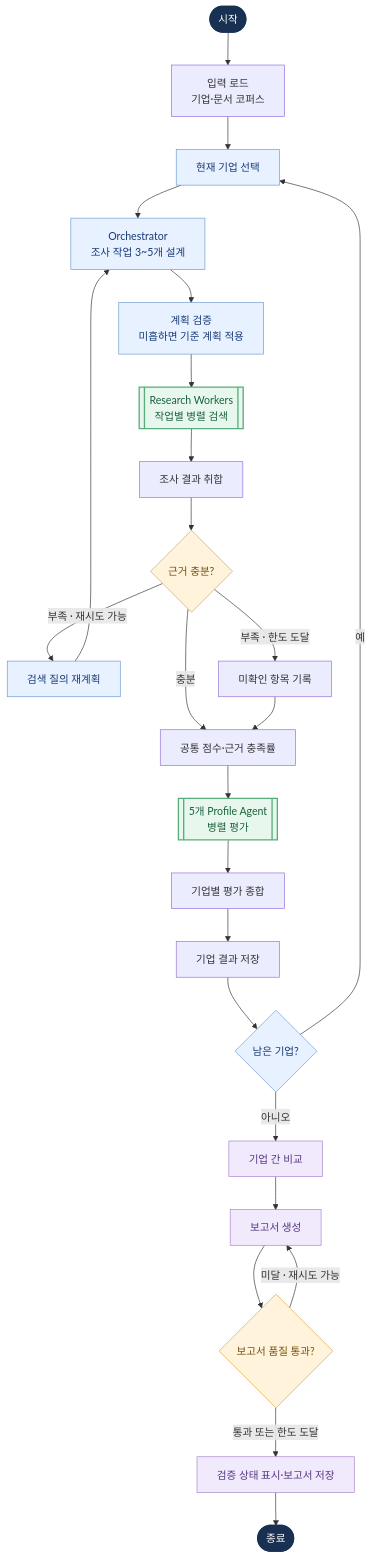
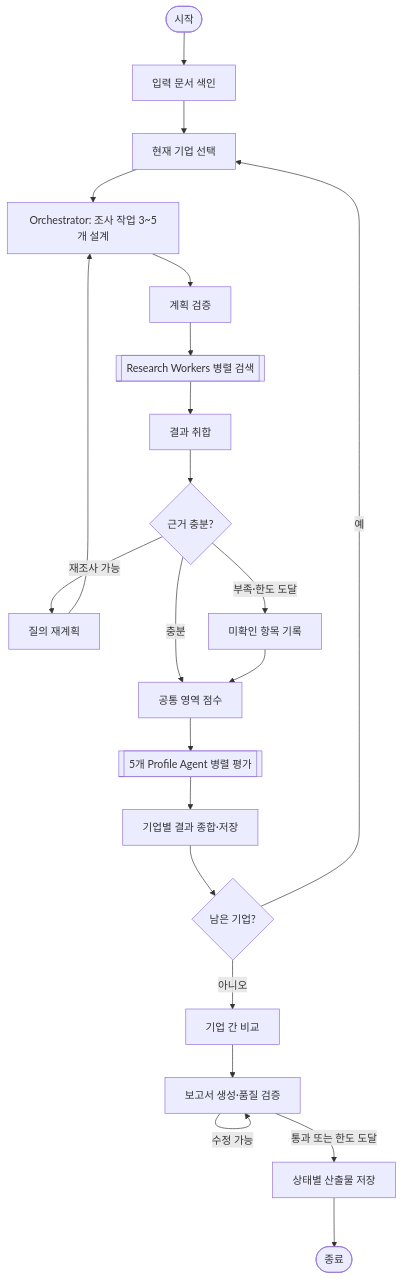
One commit to sumin-990416/Langchain_Skala_U3 changed the diagram in README.md. Above: the diagram before and after it, drawn with Mermaid. The commit also changed other lines of this file, not shown here.

````diff
--- a/README.md
+++ b/README.md
@@ -285,37 +9,24 @@
 ```mermaid
 flowchart TD
-    START([시작]) --> LOAD["입력 로드<br/>기업·문서 코퍼스"]
-    LOAD --> SELECT["현재 기업 선택"]
-    SELECT --> PLAN["Orchestrator<br/>조사 작업 3~5개 설계"]
-    PLAN --> CHECK["계획 검증<br/>미흡하면 기준 계획 적용"]
-    CHECK --> WORKERS[["Research Workers<br/>작업별 병렬 검색"]]
-    WORKERS --> MERGE["조사 결과 취합"]
-    MERGE --> EVIDENCE{"근거 충분?"}
-    EVIDENCE -- "부족 · 재시도 가능" --> REWRITE["검색 질의 재계획"]
+    START([시작]) --> LOAD[입력 문서 색인]
+    LOAD --> SELECT[현재 기업 선택]
+    SELECT --> PLAN[Orchestrator: 조사 작업 3~5개 설계]
+    PLAN --> CHECK[계획 검증]
+    CHECK --> WORKERS[[Research Workers 병렬 검색]]
+    WORKERS --> MERGE[결과 취합]
+    MERGE --> EVIDENCE{근거 충분?}
+    EVIDENCE -- 재조사 가능 --> REWRITE[질의 재계획]
     REWRITE --> PLAN
-    EVIDENCE -- "부족 · 한도 도달" --> UNKNOWN["미확인 항목 기록"]
-    EVIDENCE -- "충분" --> SCORE["공통 점수·근거 충족률"]
+    EVIDENCE -- 부족·한도 도달 --> UNKNOWN[미확인 항목 기록]
+    EVIDENCE -- 충분 --> SCORE[공통 영역 점수]
     UNKNOWN --> SCORE
-    SCORE --> PROFILES[["5개 Profile Agent<br/>병렬 평가"]]
-    PROFILES --> SYNTH["기업별 평가 종합"]
-    SYNTH --> SAVE_COMPANY["기업 결과 저장"]
-    SAVE_COMPANY --> NEXT{"남은 기업?"}
-    NEXT -- "예" --> SELECT
-    NEXT -- "아니오" --> COMPARE["기업 간 비교"]
-    COMPARE --> REPORT["보고서 생성"]
-    REPORT --> REVIEW{"보고서 품질 통과?"}
-    REVIEW -- "미달 · 재시도 가능" --> REPORT
-    REVIEW -- "통과 또는 한도 도달" --> SAVE_REPORT["검증 상태 표시·보고서 저장"]
-    SAVE_REPORT --> END([종료])
-
-    classDef terminal fill:#183153,color:#fff,stroke:#183153,stroke-width:2px
-    classDef control fill:#e8f1ff,color:#173b75,stroke:#6b9bd2
-    classDef parallel fill:#e8f7ee,color:#17613a,stroke:#58ad7b,stroke-width:2px
-    classDef decision fill:#fff3dc,color:#75500d,stroke:#d7a646
-    classDef output fill:#f1eafd,color:#543783,stroke:#a783ce
-    class START,END terminal
-    class PLAN,CHECK,REWRITE,SELECT,NEXT control
-    class WORKERS,PROFILES parallel
-    class EVIDENCE,REVIEW decision
-    class COMPARE,REPORT,SAVE_REPORT output
+    SCORE --> PROFILES[[5개 Profile Agent 병렬 평가]]
+    PROFILES --> SYNTH[기업별 결과 종합·저장]
+    SYNTH --> NEXT{남은 기업?}
+    NEXT -- 예 --> SELECT
+    NEXT -- 아니오 --> COMPARE[기업 간 비교]
+    COMPARE --> REPORT[보고서 생성·품질 검증]
+    REPORT -- 수정 가능 --> REPORT
+    REPORT -- 통과 또는 한도 도달 --> SAVE[상태별 산출물 저장]
+    SAVE --> END([종료])
 ```
````
